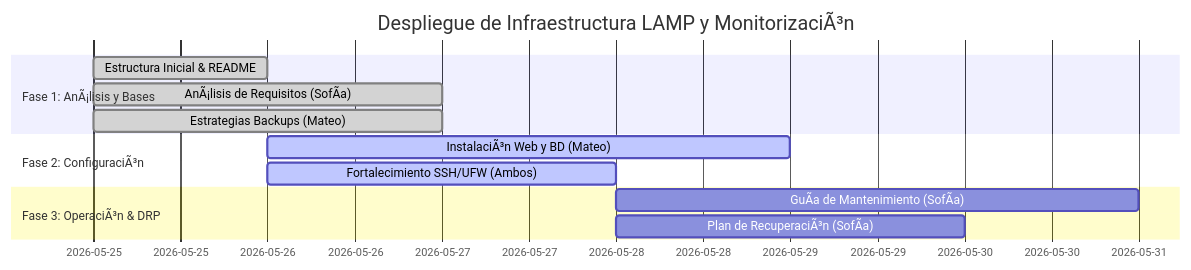
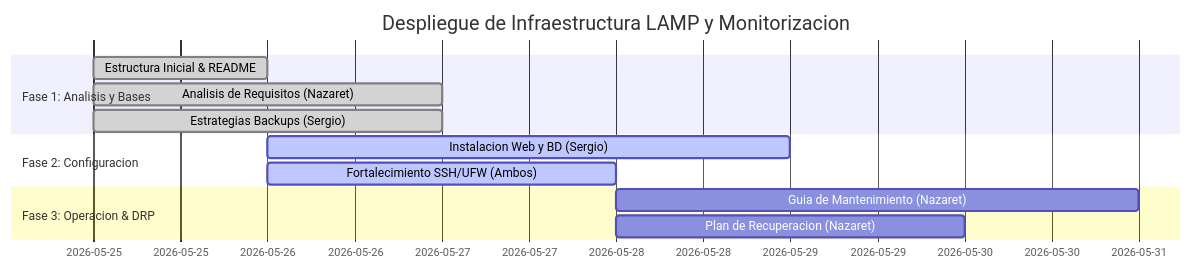
The diagram in docs/03-planificacion.md (vjp-nazaretRM/infraestructura-LAMP), drawn with Mermaid before and after one commit. The commit also changed other lines of this file and 12 other files, not shown here.

````diff
--- a/docs/03-planificacion.md
+++ b/docs/03-planificacion.md
@@ -7,15 +7,15 @@
 ```mermaid
 gantt
-    title Despliegue de Infraestructura LAMP y MonitorizaciÃ³n
+    title Despliegue de Infraestructura LAMP y Monitorizacion
     dateFormat  YYYY-MM-DD
-    section Fase 1: AnÃ¡lisis y Bases
+    section Fase 1: Analisis y Bases
     Estructura Inicial & README    :done, s1, 2026-05-25, 1d
-    AnÃ¡lisis de Requisitos (SofÃ­a) :done, s2, 2026-05-25, 2d
-    Estrategias Backups (Mateo)    :done, s3, 2026-05-25, 2d
-    section Fase 2: ConfiguraciÃ³n
-    InstalaciÃ³n Web y BD (Mateo)  :active, s4, 2026-05-26, 3d
+    Analisis de Requisitos (Nazaret) :done, s2, 2026-05-25, 2d
+    Estrategias Backups (Sergio)    :done, s3, 2026-05-25, 2d
+    section Fase 2: Configuracion
+    Instalacion Web y BD (Sergio)  :active, s4, 2026-05-26, 3d
     Fortalecimiento SSH/UFW (Ambos):active, s5, 2026-05-26, 2d
-    section Fase 3: OperaciÃ³n & DRP
-    GuÃ­a de Mantenimiento (SofÃ­a) :s6, 2026-05-28, 3d
-    Plan de RecuperaciÃ³n (SofÃ­a)  :s7, 2026-05-28, 2d
+    section Fase 3: Operacion & DRP
+    Guia de Mantenimiento (Nazaret) :s6, 2026-05-28, 3d
+    Plan de Recuperacion (Nazaret)  :s7, 2026-05-28, 2d
 ```
````
